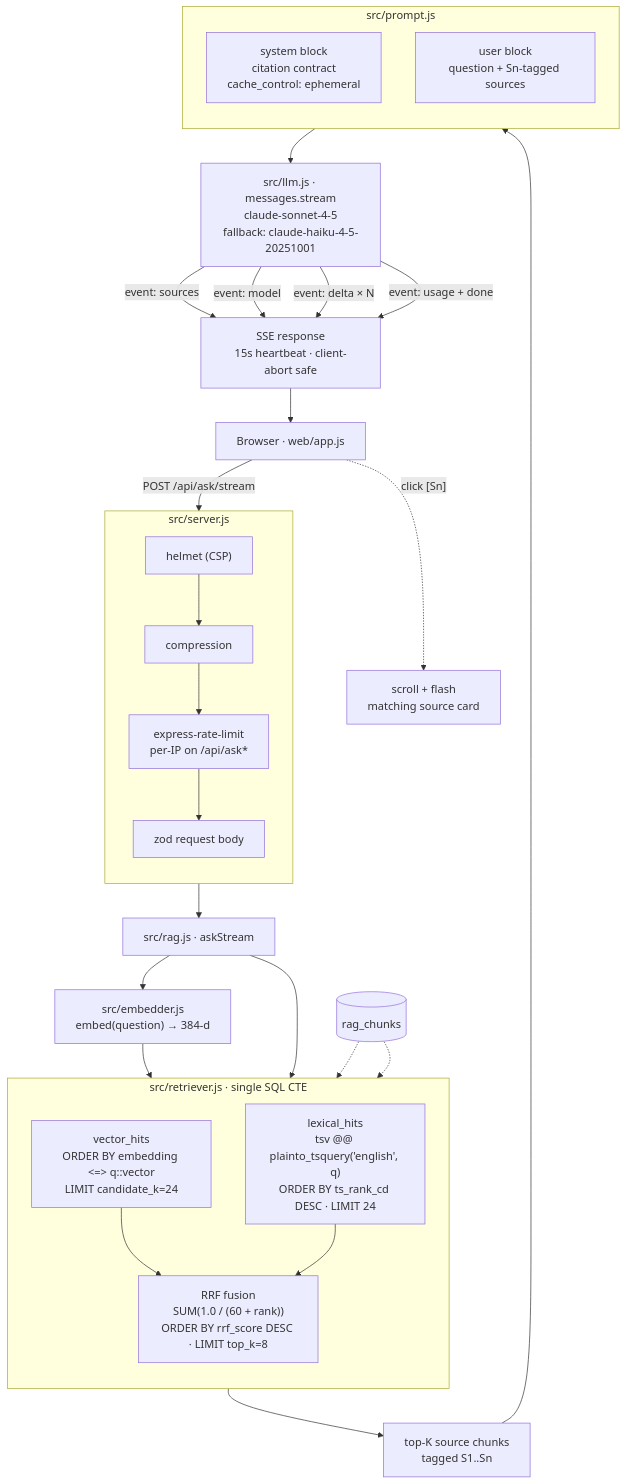
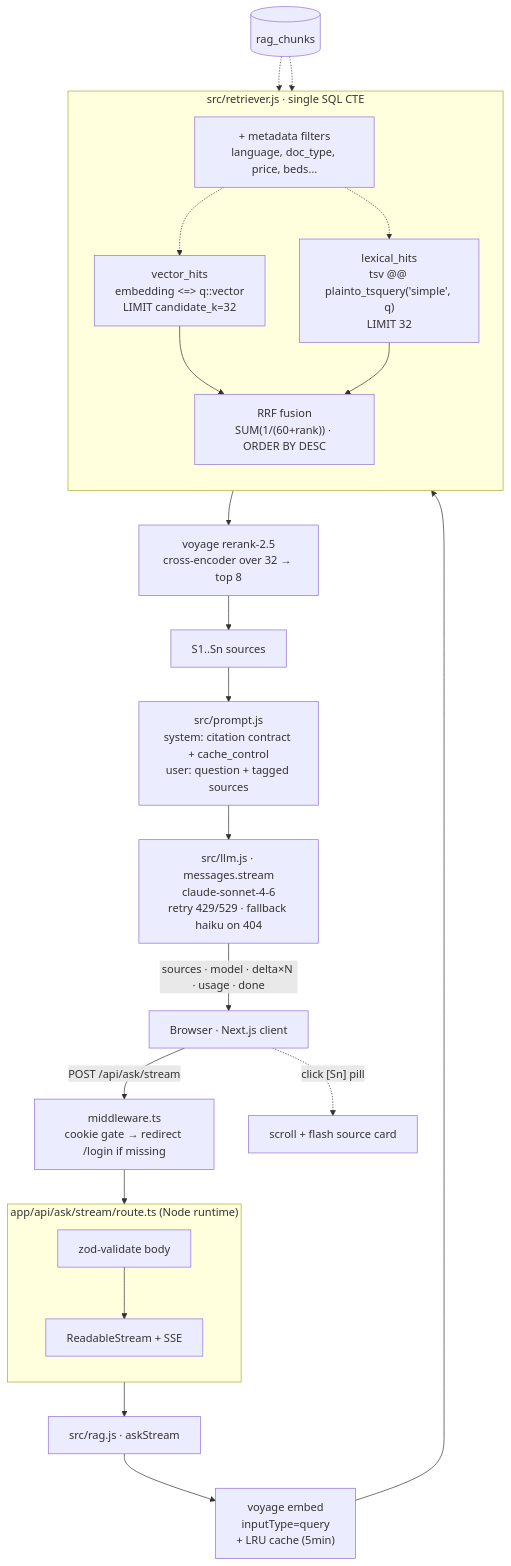
The second of 2 diagrams in README.md (ismatsamadov/real_estate_rag), drawn with Mermaid before and after one commit. The commit also changed other lines of this file and 20 other files, not shown here.

````diff
--- a/README.md
+++ b/README.md
@@ -46,48 +71,41 @@
 ```mermaid
 flowchart TD
-    U["Browser · web/app.js"] -->|"POST /api/ask/stream"| SRV
+    U["Browser · Next.js client"] -->|"POST /api/ask/stream"| MW
 
-    subgraph SRV["src/server.js"]
+    MW["middleware.ts<br/>cookie gate → redirect /login if missing"] --> H
+
+    subgraph H["app/api/ask/stream/route.ts (Node runtime)"]
         direction TB
-        M1["helmet (CSP)"]
-        M2["compression"]
-        M3["express-rate-limit<br/>per-IP on /api/ask*"]
-        M4["zod request body"]
-        M1 --> M2 --> M3 --> M4
+        H1["zod-validate body"]
+        H2["ReadableStream + SSE"]
+        H1 --> H2
     end
 
-    SRV --> RAG["src/rag.js · askStream"]
-    RAG --> EMB["src/embedder.js<br/>embed(question) → 384-d"]
+    H --> RAG["src/rag.js · askStream"]
+    RAG --> EMB["voyage embed<br/>inputType=query<br/>+ LRU cache (5min)"]
 
     subgraph RET["src/retriever.js · single SQL CTE"]
         direction TB
-        VH["vector_hits<br/>ORDER BY embedding &lt;=&gt; q::vector<br/>LIMIT candidate_k=24"]
-        LH["lexical_hits<br/>tsv @@ plainto_tsquery('english', q)<br/>ORDER BY ts_rank_cd DESC · LIMIT 24"]
-        RRF["RRF fusion<br/>SUM(1.0 / (60 + rank))<br/>ORDER BY rrf_score DESC · LIMIT top_k=8"]
+        VH["vector_hits<br/>embedding &lt;=&gt; q::vector<br/>LIMIT candidate_k=32"]
+        LH["lexical_hits<br/>tsv @@ plainto_tsquery('simple', q)<br/>LIMIT 32"]
+        RRF["RRF fusion<br/>SUM(1/(60+rank)) · ORDER BY DESC"]
+        FILT["+ metadata filters<br/>language, doc_type, price, beds…"]
         VH --> RRF
         LH --> RRF
+        FILT -.-> VH
+        FILT -.-> LH
     end
 
-    EMB --> VH
-    RAG --> LH
+    EMB --> RET
     DB[("rag_chunks")] -.-> VH
     DB -.-> LH
 
-    RET --> SRC["top-K source chunks<br/>tagged S1..Sn"]
-    SRC --> PR
+    RET --> RR["voyage rerank-2.5<br/>cross-encoder over 32 → top 8"]
+    RR --> SRC["S1..Sn sources"]
 
-    subgraph PR["src/prompt.js"]
-        direction TB
-        P1["system block<br/>citation contract<br/>cache_control: ephemeral"]
-        P2["user block<br/>question + Sn-tagged sources"]
-    end
+    SRC --> PR["src/prompt.js<br/>system: citation contract + cache_control<br/>user: question + tagged sources"]
+    PR --> LLM["src/llm.js · messages.stream<br/>claude-sonnet-4-6<br/>retry 429/529 · fallback haiku on 404"]
 
-    PR --> LLM["src/llm.js · messages.stream<br/>claude-sonnet-4-5<br/>fallback: claude-haiku-4-5-20251001"]
-
-    LLM -->|"event: sources"| SSE
-    LLM -->|"event: model"| SSE
-    LLM -->|"event: delta × N"| SSE
-    LLM -->|"event: usage + done"| SSE
-    SSE["SSE response<br/>15s heartbeat · client-abort safe"] --> U
-    U -.->|"click [Sn]"| FOCUS["scroll + flash<br/>matching source card"]
+    LLM -->|"sources · model · delta×N · usage · done"| U
+    U -.->|"click [Sn] pill"| FOCUS["scroll + flash source card"]
 ```
````
